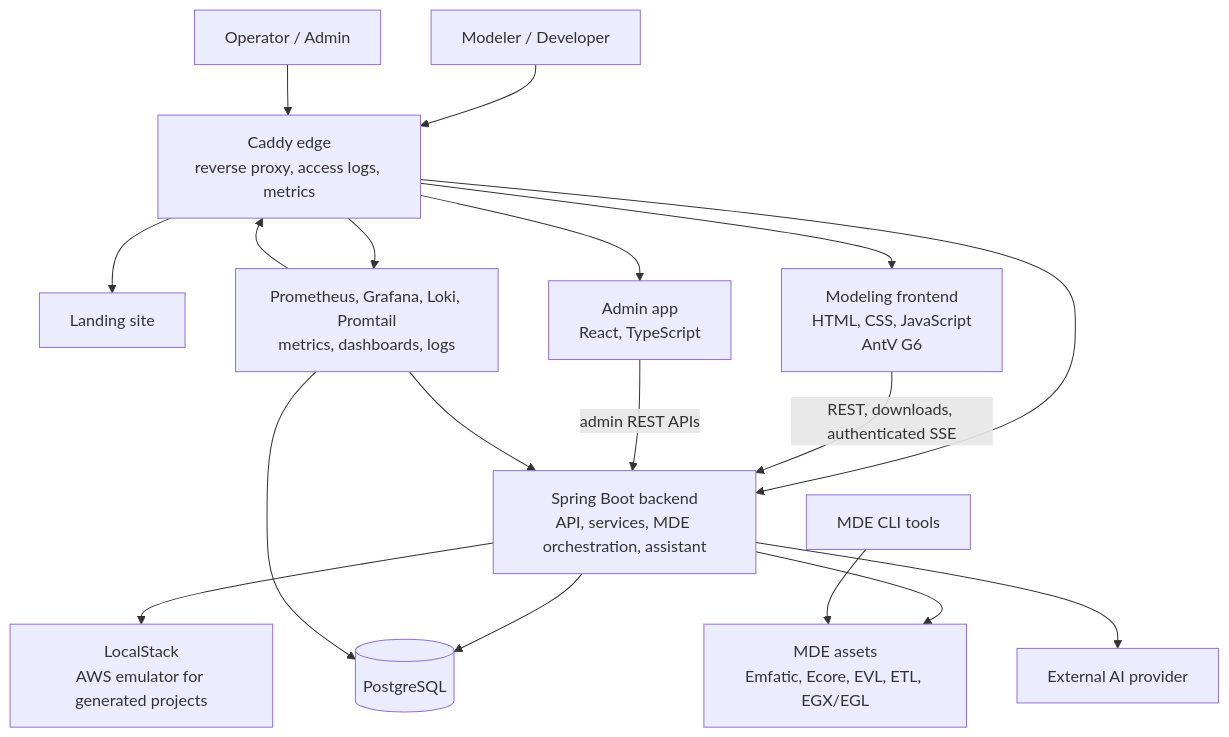
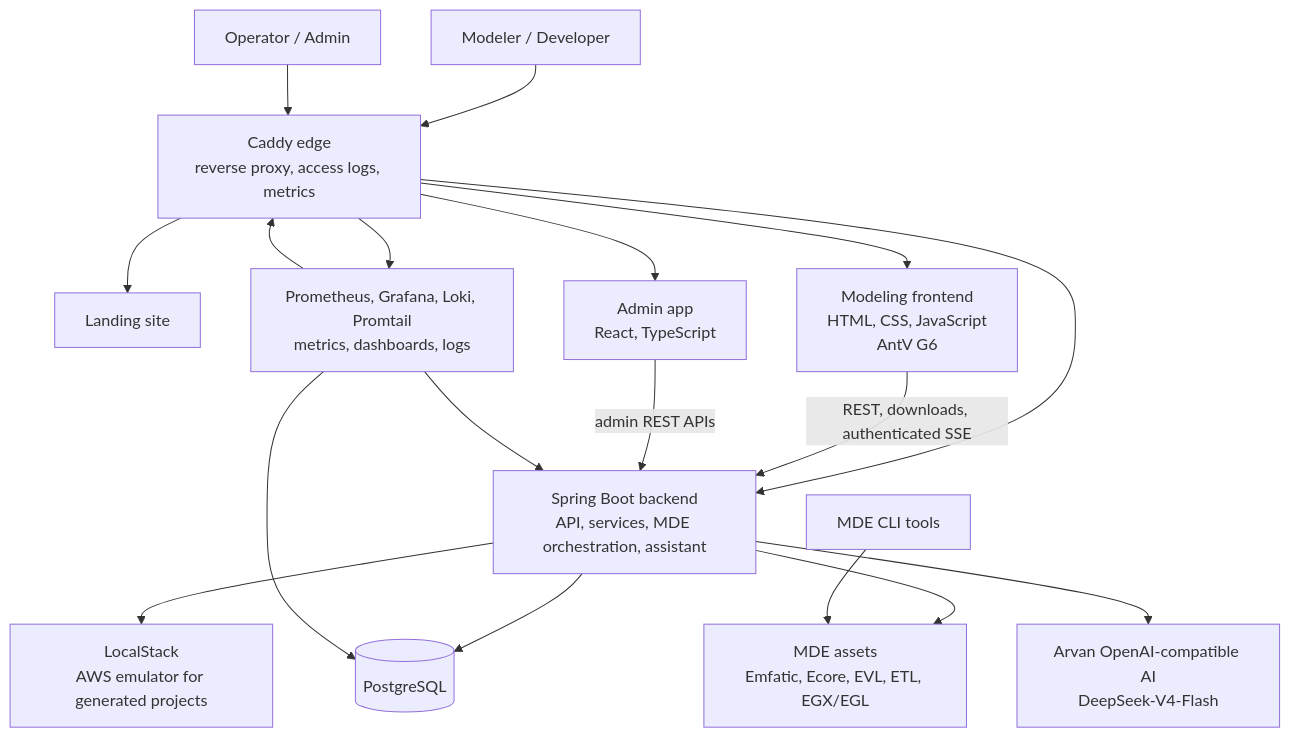
One commit to mehdieidi/modriss changed the diagram in docs/public-docs/docs/architecture/system.md. Above: the diagram before and after it, drawn with Mermaid. The commit also changed other lines of this file and 66 other files, not shown here.

````diff
--- a/docs/public-docs/docs/architecture/system.md
+++ b/docs/public-docs/docs/architecture/system.md
@@ -3,34 +3,34 @@
 ```mermaid
 flowchart TB
     User["Modeler / Developer"]
     Operator["Operator / Admin"]
     Caddy["Caddy edge<br/>reverse proxy, access logs, metrics"]
     Landing["Landing site"]
     Frontend["Modeling frontend<br/>HTML, CSS, JavaScript<br/>AntV G6"]
     Admin["Admin app<br/>React, TypeScript"]
     Backend["Spring Boot backend<br/>API, services, MDE orchestration, assistant"]
     DB[("PostgreSQL")]
     MDE["MDE assets<br/>Emfatic, Ecore, EVL, ETL, EGX/EGL"]
     Observability["Prometheus, Grafana, Loki, Promtail<br/>metrics, dashboards, logs"]
     LocalStack["LocalStack<br/>AWS emulator for generated projects"]
-    AI["External AI provider"]
+    AI["Arvan OpenAI-compatible AI<br/>DeepSeek-V4-Flash"]
     CLIs["MDE CLI tools"]
 
     User --> Caddy
     Operator --> Caddy
     Caddy --> Landing
     Caddy --> Frontend
     Caddy --> Admin
     Caddy --> Backend
     Caddy --> Observability
     Frontend -->|"REST, downloads, authenticated SSE"| Backend
     Admin -->|"admin REST APIs"| Backend
     Backend --> DB
     Backend --> MDE
     Backend --> LocalStack
     Backend --> AI
     Observability --> Backend
     Observability --> Caddy
     Observability --> DB
     CLIs --> MDE
 ```
````
